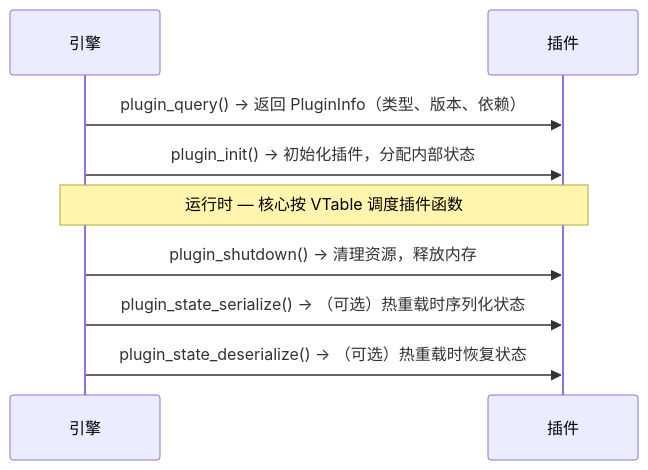
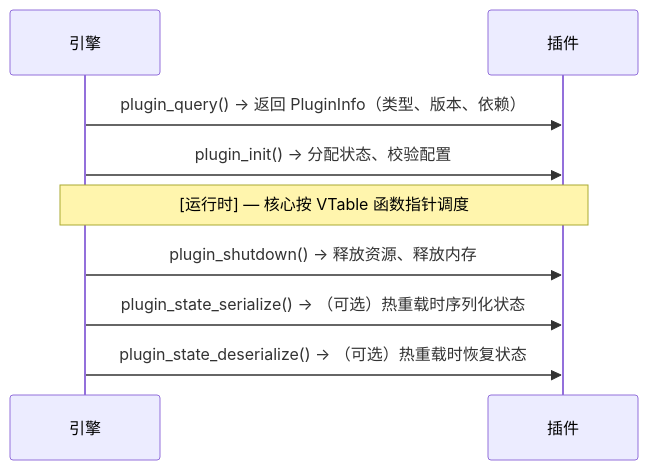
The first of 3 diagrams in Docs/zh_CN/guides/PluginDevelopmentGuide.md (nekolio/DoLogger), drawn with Mermaid before and after one commit. The commit also changed other lines of this file and 15 other files, not shown here.

````diff
--- a/Docs/zh_CN/guides/PluginDevelopmentGuide.md
+++ b/Docs/zh_CN/guides/PluginDevelopmentGuide.md
@@ -29,12 +30,12 @@
 ```mermaid
 sequenceDiagram
     participant E as 引擎
     participant P as 插件
 
     E->>P: plugin_query() → 返回 PluginInfo（类型、版本、依赖）
-    E->>P: plugin_init() → 初始化插件，分配内部状态
-    Note over E,P: 运行时 — 核心按 VTable 调度插件函数
-    E->>P: plugin_shutdown() → 清理资源，释放内存
+    E->>P: plugin_init() → 分配状态、校验配置
+    Note over E,P: [运行时] — 核心按 VTable 函数指针调度
+    E->>P: plugin_shutdown() → 释放资源、释放内存
     E->>P: plugin_state_serialize() → （可选）热重载时序列化状态
     E->>P: plugin_state_deserialize() → （可选）热重载时恢复状态
 ```
````
